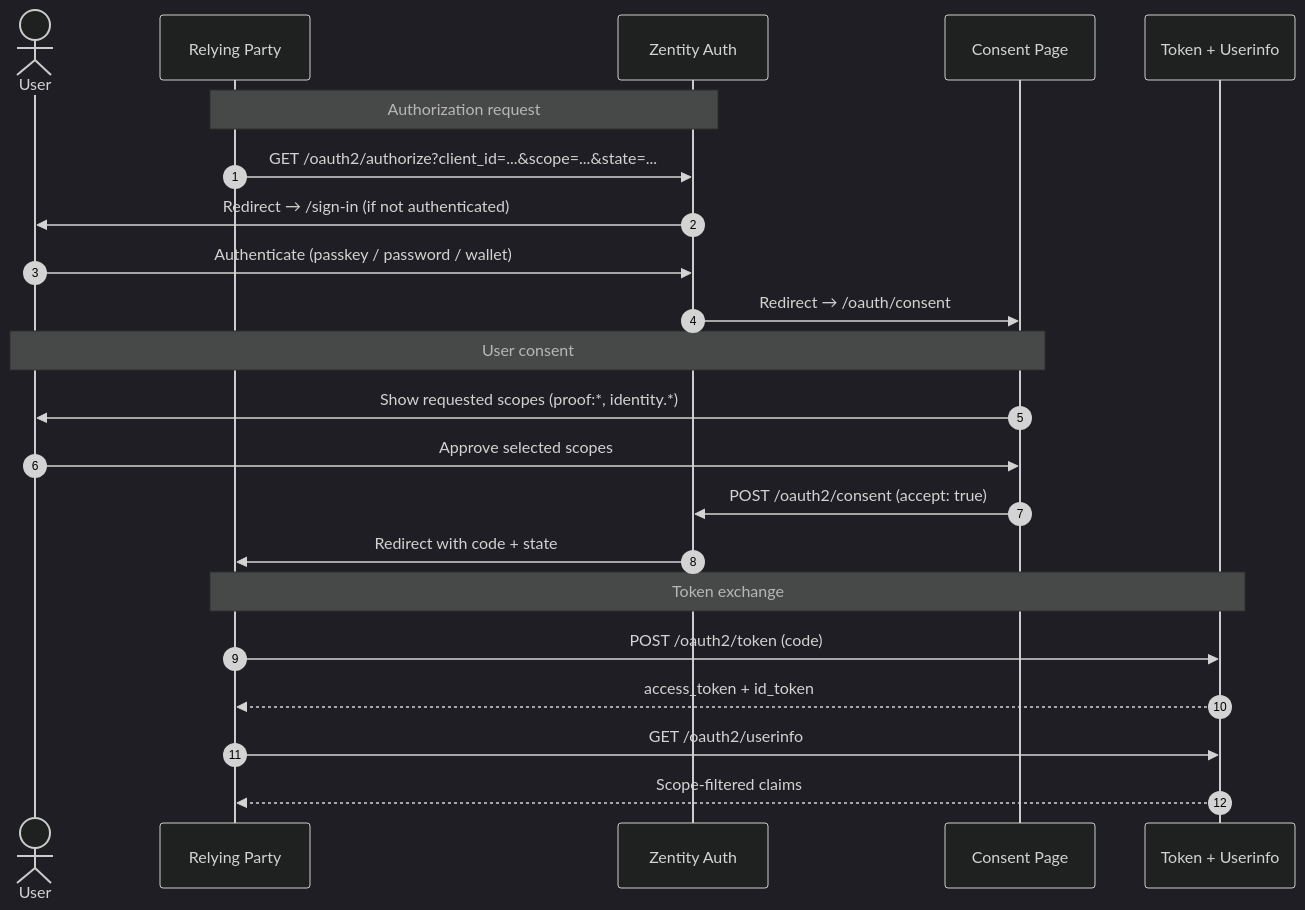
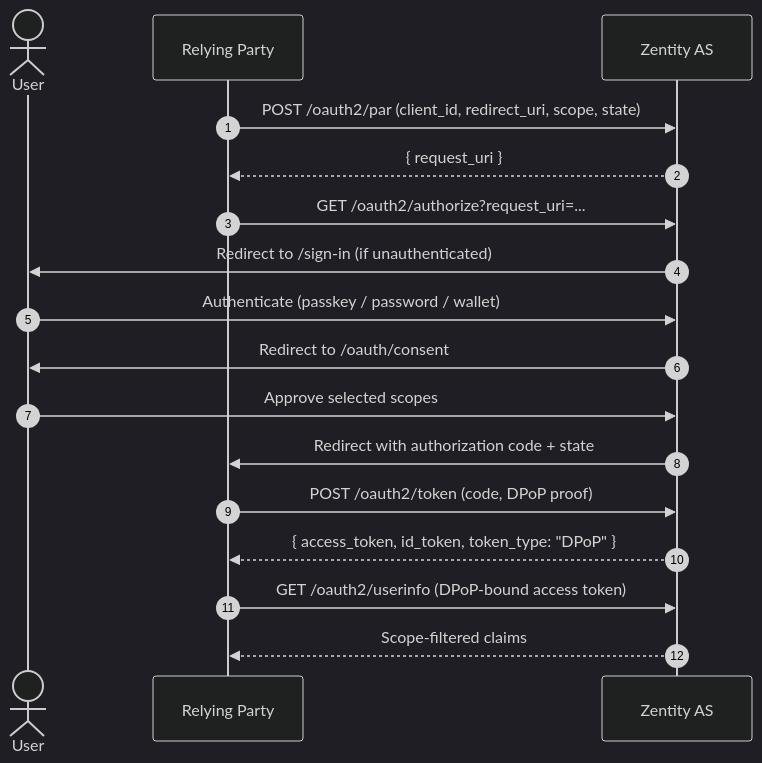
The first of 4 diagrams in docs/oauth-integrations.md (gustavovalverde/zentity), drawn with Mermaid (dark theme) before and after one commit. The commit also changed other lines of this file and 13 other files, not shown here.

````diff
--- a/docs/oauth-integrations.md
+++ b/docs/oauth-integrations.md
@@ -22,27 +78,21 @@
 ```mermaid
 sequenceDiagram
   autonumber
   actor User
   participant RP as Relying Party
-  participant Auth as Zentity Auth
-  participant Consent as Consent Page
-  participant API as Token + Userinfo
+  participant AS as Zentity AS
 
-  Note over RP,Auth: Authorization request
-  RP->>Auth: GET /oauth2/authorize?client_id=...&scope=...&state=...
-  Auth->>User: Redirect → /sign-in (if not authenticated)
-  User->>Auth: Authenticate (passkey / password / wallet)
-  Auth->>Consent: Redirect → /oauth/consent
+  RP->>AS: POST /oauth2/par (client_id, redirect_uri, scope, state)
+  AS-->>RP: { request_uri }
+  RP->>AS: GET /oauth2/authorize?request_uri=...
+  AS->>User: Redirect to /sign-in (if unauthenticated)
+  User->>AS: Authenticate (passkey / password / wallet)
+  AS->>User: Redirect to /oauth/consent
+  User->>AS: Approve selected scopes
+  AS->>RP: Redirect with authorization code + state
 
-  Note over User,Consent: User consent
-  Consent->>User: Show requested scopes (proof:*, identity.*)
-  User->>Consent: Approve selected scopes
-  Consent->>Auth: POST /oauth2/consent (accept: true)
-  Auth->>RP: Redirect with code + state
-
-  Note over RP,API: Token exchange
-  RP->>API: POST /oauth2/token (code)
-  API-->>RP: access_token + id_token
-  RP->>API: GET /oauth2/userinfo
-  API-->>RP: Scope-filtered claims
+  RP->>AS: POST /oauth2/token (code, DPoP proof)
+  AS-->>RP: { access_token, id_token, token_type: "DPoP" }
+  RP->>AS: GET /oauth2/userinfo (DPoP-bound access token)
+  AS-->>RP: Scope-filtered claims
 ```
````
